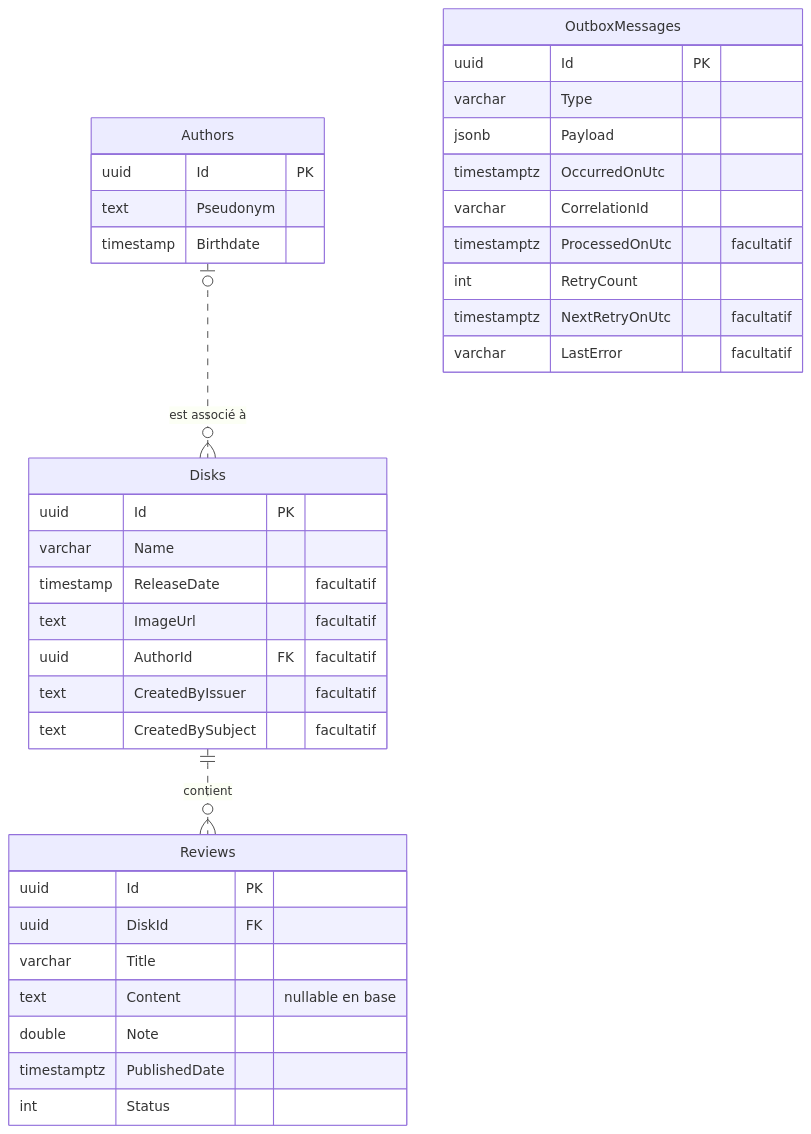
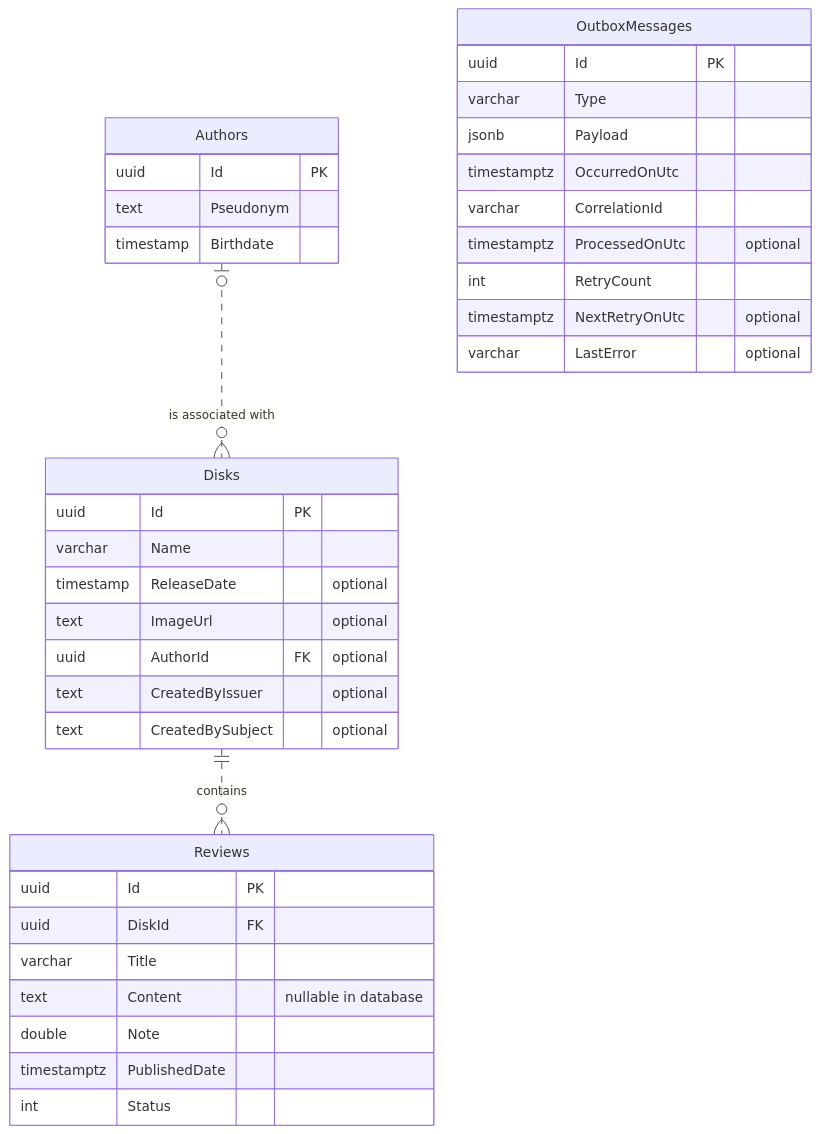
One commit to Fabian-Raeskinet/mydisk-api changed the third of 5 diagrams in docs/CLASSES.md. Above: the diagram before and after it, drawn with Mermaid. The commit also changed other lines of this file and 5 other files, not shown here.

Commit message:
update documentation: rename use cases file and translate architecture content to English

````diff
--- a/docs/CLASSES.md
+++ b/docs/CLASSES.md
@@ -157,40 +157,40 @@
 ```mermaid
 erDiagram
-    Authors |o..o{ Disks : "est associé à"
-    Disks ||..o{ Reviews : "contient"
+    Authors |o..o{ Disks : "is associated with"
+    Disks ||..o{ Reviews : "contains"
 
     Authors {
         uuid Id PK
         text Pseudonym
         timestamp Birthdate
     }
     Disks {
         uuid Id PK
         varchar Name
-        timestamp ReleaseDate "facultatif"
-        text ImageUrl "facultatif"
-        uuid AuthorId FK "facultatif"
-        text CreatedByIssuer "facultatif"
-        text CreatedBySubject "facultatif"
+        timestamp ReleaseDate "optional"
+        text ImageUrl "optional"
+        uuid AuthorId FK "optional"
+        text CreatedByIssuer "optional"
+        text CreatedBySubject "optional"
     }
     Reviews {
         uuid Id PK
         uuid DiskId FK
         varchar Title
-        text Content "nullable en base"
+        text Content "nullable in database"
         double Note
         timestamptz PublishedDate
         int Status
     }
     OutboxMessages {
         uuid Id PK
         varchar Type
         jsonb Payload
         timestamptz OccurredOnUtc
         varchar CorrelationId
-        timestamptz ProcessedOnUtc "facultatif"
+        timestamptz ProcessedOnUtc "optional"
         int RetryCount
-        timestamptz NextRetryOnUtc "facultatif"
-        varchar LastError "facultatif"
+        timestamptz NextRetryOnUtc "optional"
+        varchar LastError "optional"
     }
 ```
````
